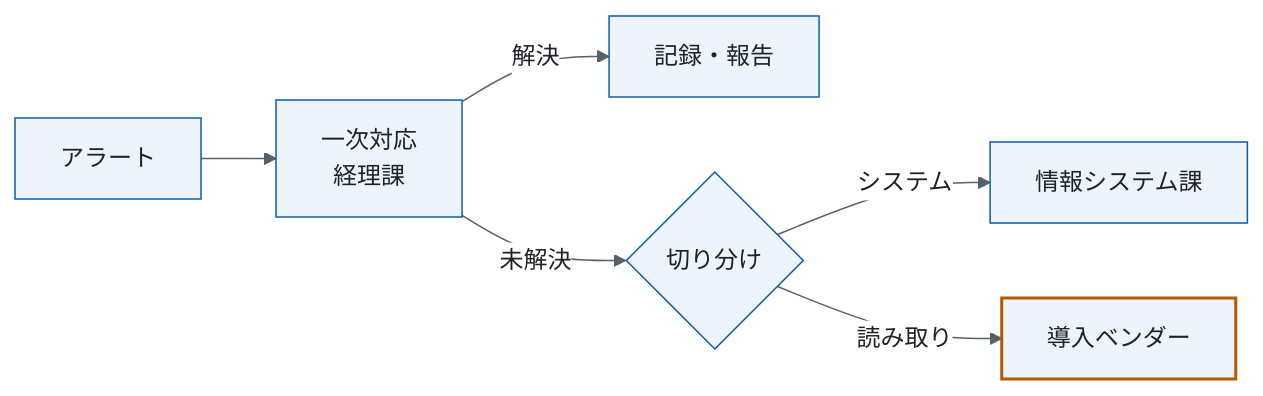
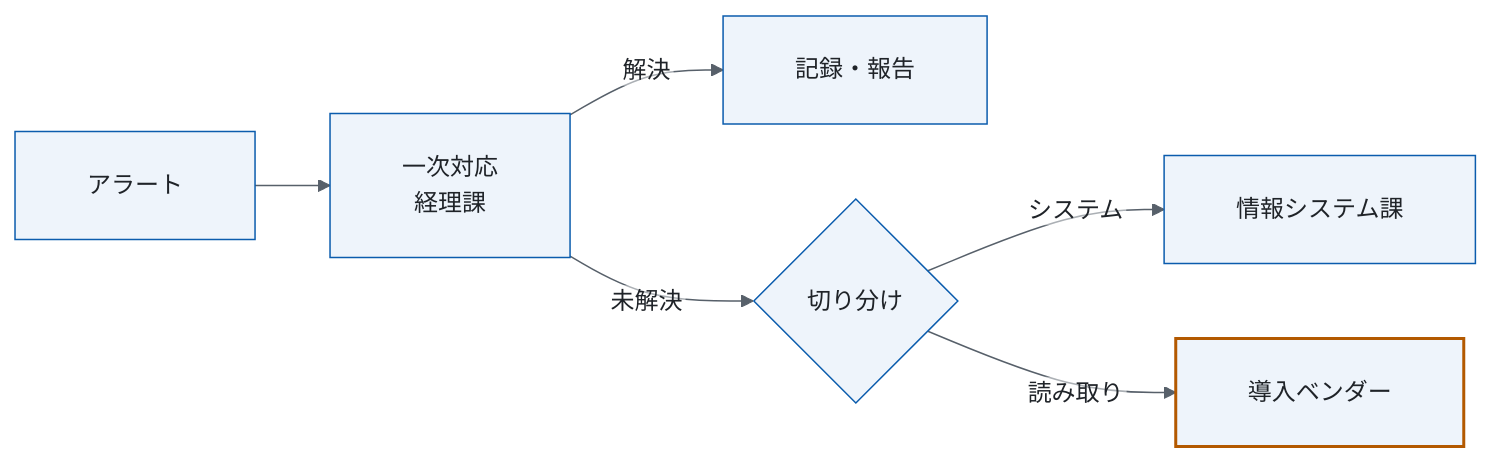
The second of 3 diagrams in decks/2026-10-01-invoice-ocr-confirm/design/operations.md (spin-glass/tool-slides), drawn with Mermaid before and after one commit. The commit also changed other lines of this file and 9 other files, not shown here.

````diff
--- a/decks/2026-10-01-invoice-ocr-confirm/design/operations.md
+++ b/decks/2026-10-01-invoice-ocr-confirm/design/operations.md
@@ -96,11 +96,11 @@
 ```mermaid
-%%{init: {"theme": "base", "themeVariables": {"fontSize": "16px", "fontFamily": "Hiragino Sans, Noto Sans JP, sans-serif", "primaryColor": "#eef4fb", "primaryBorderColor": "#0b5cad", "primaryTextColor": "#1f2328", "lineColor": "#57606a", "edgeLabelBackground": "#ffffff", "taskBkgColor": "#eef4fb", "taskBorderColor": "#0b5cad", "taskTextColor": "#1f2328", "critBkgColor": "#b35900", "critBorderColor": "#b35900", "gridColor": "#d0d7de", "sectionBkgColor": "#ffffff"}}}%%
+%%{init: {"theme": "base", "flowchart": {"padding": 24, "htmlLabels": false}, "themeVariables": {"fontSize": "16px", "fontFamily": "Hiragino Sans, Noto Sans JP, sans-serif", "primaryColor": "#eef4fb", "primaryBorderColor": "#0b5cad", "primaryTextColor": "#1f2328", "lineColor": "#57606a", "edgeLabelBackground": "#ffffff", "taskBkgColor": "#eef4fb", "taskBorderColor": "#0b5cad", "taskTextColor": "#1f2328", "critBkgColor": "#b35900", "critBorderColor": "#b35900", "gridColor": "#d0d7de", "sectionBkgColor": "#ffffff"}}}%%
 flowchart LR
   A[アラート] --> B[一次対応<br>経理課]
   B -->|解決| E[記録・報告]
   B -->|未解決| C{切り分け}
   C -->|システム| D1[情報システム課]
   C -->|読み取り| D2[導入ベンダー]
   classDef vendor stroke:#b35900,stroke-width:2px
   class D2 vendor
 ```
````
